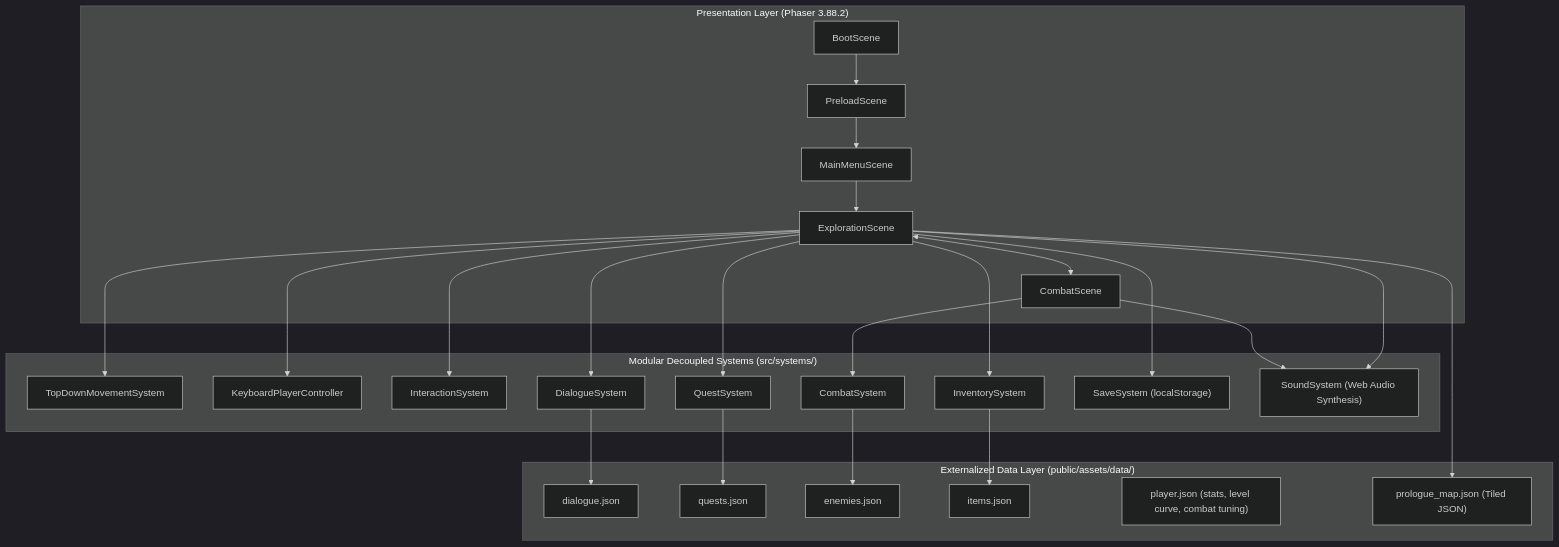
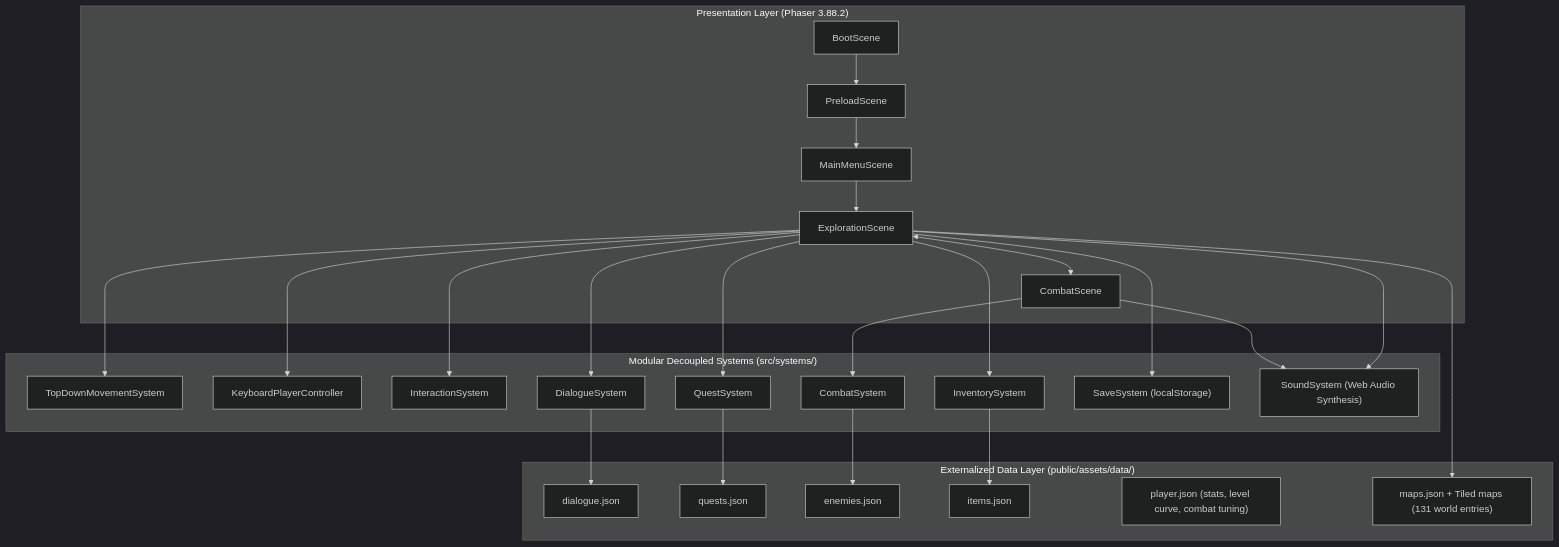
The first of 2 diagrams in docs/PROJECT_CONTEXT.md (VanDuc1610/Chrono), drawn with Mermaid (dark theme) before and after one commit. The commit also changed other lines of this file and 15 other files, not shown here.

````diff
--- a/docs/PROJECT_CONTEXT.md
+++ b/docs/PROJECT_CONTEXT.md
@@ -44,47 +46,47 @@
 ```mermaid
 flowchart TD
     subgraph Presentation ["Presentation Layer (Phaser 3.88.2)"]
         BootScene --> PreloadScene
         PreloadScene --> MainMenuScene
         MainMenuScene --> ExplorationScene
         ExplorationScene <--> CombatScene
     end
 
     subgraph Systems ["Modular Decoupled Systems (src/systems/)"]
         Movement["TopDownMovementSystem"]
         Input["KeyboardPlayerController"]
         Interaction["InteractionSystem"]
         Dialogue["DialogueSystem"]
         Quest["QuestSystem"]
         Combat["CombatSystem"]
         Inventory["InventorySystem"]
         Save["SaveSystem (localStorage)"]
         Audio["SoundSystem (Web Audio Synthesis)"]
     end
 
     subgraph Data ["Externalized Data Layer (public/assets/data/)"]
         D_Dialogue["dialogue.json"]
         D_Quests["quests.json"]
         D_Enemies["enemies.json"]
         D_Items["items.json"]
         D_Player["player.json (stats, level curve, combat tuning)"]
-        D_Map["prologue_map.json (Tiled JSON)"]
+        D_Map["maps.json + Tiled maps (131 world entries)"]
     end
 
     ExplorationScene --> Movement
     ExplorationScene --> Input
     ExplorationScene --> Interaction
     ExplorationScene --> Dialogue
     ExplorationScene --> Quest
     ExplorationScene --> Inventory
     ExplorationScene --> Save
     ExplorationScene --> Audio
     CombatScene --> Combat
     CombatScene --> Audio
 
     Dialogue --> D_Dialogue
     Quest --> D_Quests
     Combat --> D_Enemies
     Inventory --> D_Items
     ExplorationScene --> D_Map
 ```
````
